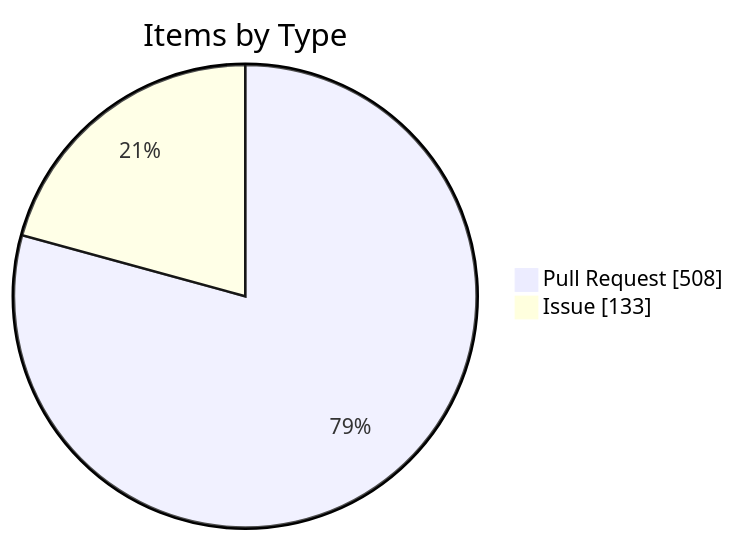
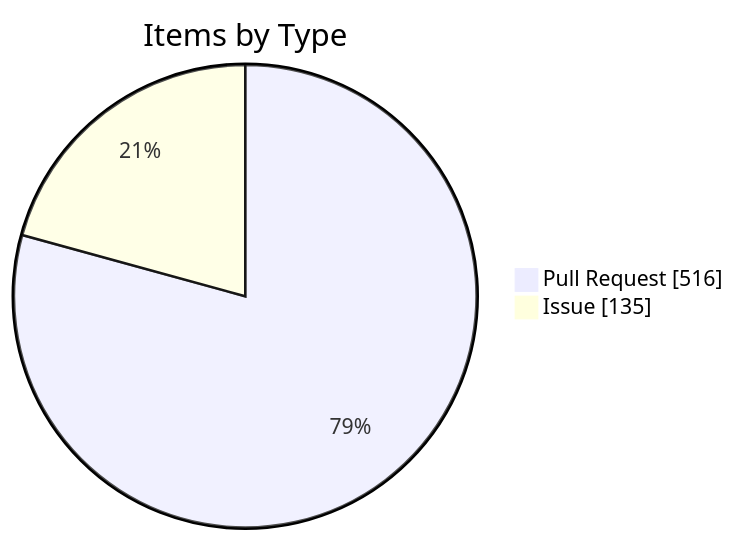
One commit to KBVE/kbve changed the fourth of 4 diagrams in apps/kbve/astro-kbve/src/content/docs/dashboard/kanban-data.mdx. Above: the diagram before and after it, drawn with Mermaid. The commit also changed other lines of this file and 2 other files, not shown here.

````diff
--- a/apps/kbve/astro-kbve/src/content/docs/dashboard/kanban-data.mdx
+++ b/apps/kbve/astro-kbve/src/content/docs/dashboard/kanban-data.mdx
@@ -246,6 +246,6 @@
 ```mermaid
 pie showData
     title Items by Type
-    "Pull Request" : 508
-    "Issue" : 133
+    "Pull Request" : 516
+    "Issue" : 135
 ```
````
